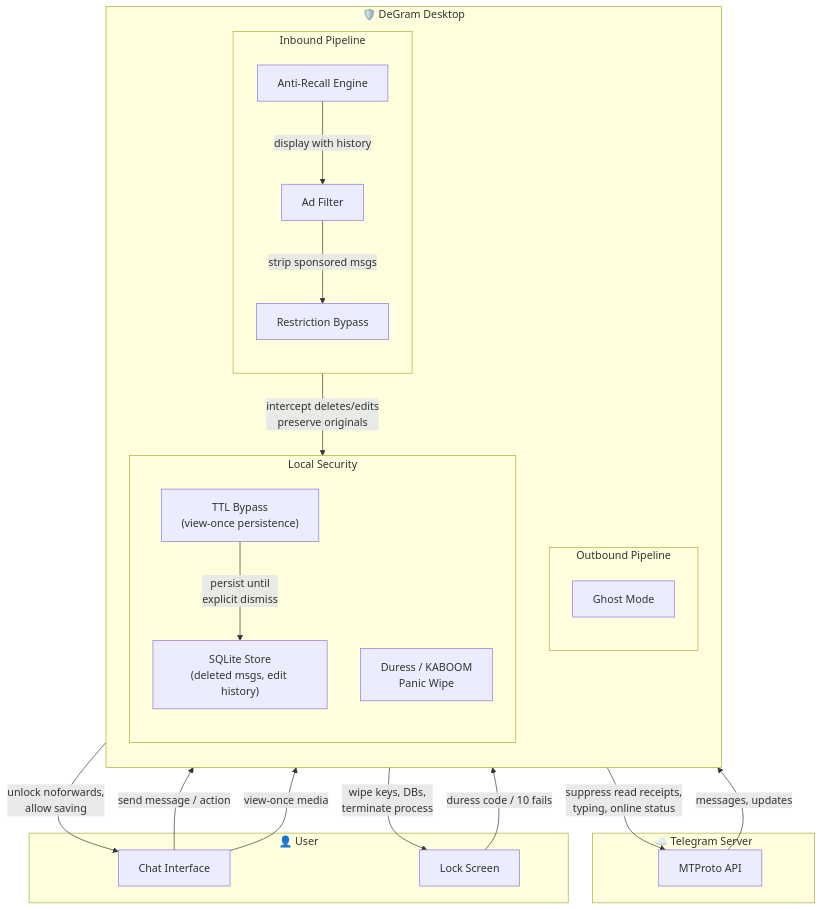
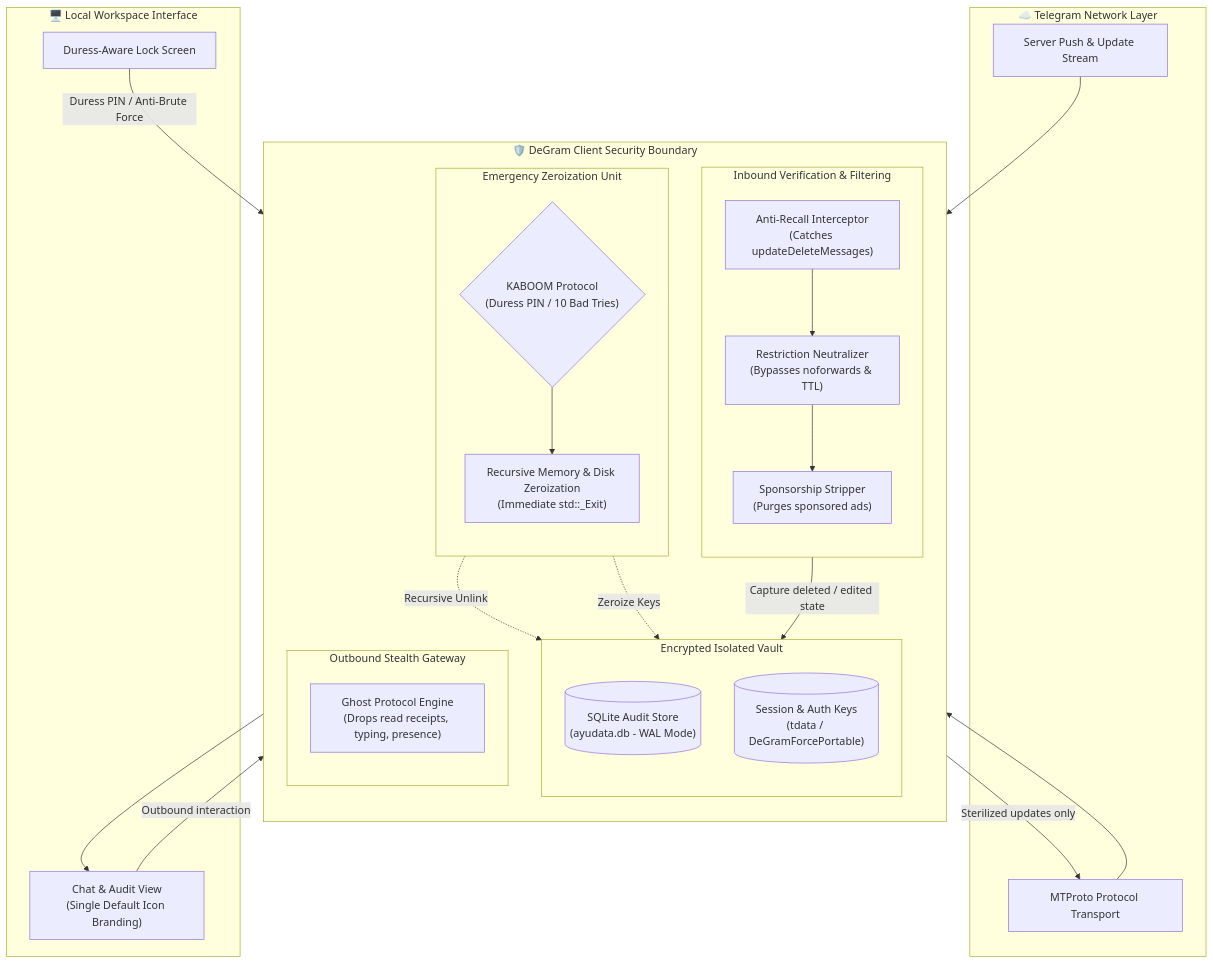
Before and after one commit to intelQong/DeGram: the diagram in README.md, drawn with Mermaid. The commit also changed other lines of this file and 27 other files, not shown here.

````diff
--- a/README.md
+++ b/README.md
@@ -55,49 +68,53 @@
 ```mermaid
 flowchart TD
-    subgraph Server["☁️ Telegram Server"]
-        API["MTProto API"]
+    subgraph Remote["☁️ Telegram Network Layer"]
+        API["MTProto Protocol Transport"]
+        PUSH["Server Push & Update Stream"]
     end
 
-    subgraph DeGram["🛡️ DeGram Desktop"]
+    subgraph Boundary["🛡️ DeGram Client Security Boundary"]
         direction TB
 
-        subgraph Inbound["Inbound Pipeline"]
+        subgraph Inbound["Inbound Verification & Filtering"]
             direction TB
-            AR["Anti-Recall Engine"]
-            ADS["Ad Filter"]
-            RB["Restriction Bypass"]
+            AR["Anti-Recall Interceptor\n(Catches updateDeleteMessages)"]
+            DRM["Restriction Neutralizer\n(Bypasses noforwards & TTL)"]
+            AD["Sponsorship Stripper\n(Purges sponsored ads)"]
         end
 
-        subgraph Outbound["Outbound Pipeline"]
+        subgraph Storage["Encrypted Isolated Vault"]
             direction TB
-            GM["Ghost Mode"]
+            SQL[("SQLite Audit Store\n(ayudata.db - WAL Mode)")]
+            KEYS[("Session & Auth Keys\n(tdata / DeGramForcePortable)")]
         end
 
-        subgraph Local["Local Security"]
+        subgraph Outbound["Outbound Stealth Gateway"]
             direction TB
-            DB["SQLite Store\n(deleted msgs, edit history)"]
-            DURESS["Duress / KABOOM\nPanic Wipe"]
-            TTL["TTL Bypass\n(view-once persistence)"]
+            GHOST["Ghost Protocol Engine\n(Drops read receipts, typing, presence)"]
+        end
+
+        subgraph Protocol["Emergency Zeroization Unit"]
+            direction TB
+            KABOOM{"KABOOM Protocol\n(Duress PIN / 10 Bad Tries)"}
+            WIPE["Recursive Memory & Disk Zeroization\n(Immediate std::_Exit)"]
         end
     end
 
-    subgraph User["👤 User"]
-        UI["Chat Interface"]
-        LOCK["Lock Screen"]
+    subgraph User["🖥️ Local Workspace Interface"]
+        UI["Chat & Audit View\n(Single Default Icon Branding)"]
+        LOCK["Duress-Aware Lock Screen"]
     end
 
-    API -- "messages, updates" --> AR
-    AR -- "intercept deletes/edits\npreserve originals" --> DB
-    AR -- "display with history" --> ADS
-    ADS -- "strip sponsored msgs" --> RB
-    RB -- "unlock noforwards,\nallow saving" --> UI
+    PUSH --> AR
+    API --> AR
+    AR -- "Capture deleted / edited state" --> SQL
+    AR --> DRM --> AD --> UI
 
-    UI -- "send message / action" --> GM
-    GM -- "suppress read receipts,\ntyping, online status" --> API
+    UI -- "Outbound interaction" --> GHOST
+    GHOST -- "Sterilized updates only" --> API
 
-    LOCK -- "duress code / 10 fails" --> DURESS
-    DURESS -- "wipe keys, DBs,\nterminate process" --> LOCK
-
-    UI -- "view-once media" --> TTL
-    TTL -- "persist until\nexplicit dismiss" --> DB
+    LOCK -- "Duress PIN / Anti-Brute Force" --> KABOOM
+    KABOOM --> WIPE
+    WIPE -.->|"Recursive Unlink"| SQL
+    WIPE -.->|"Zeroize Keys"| KEYS
 ```
````
